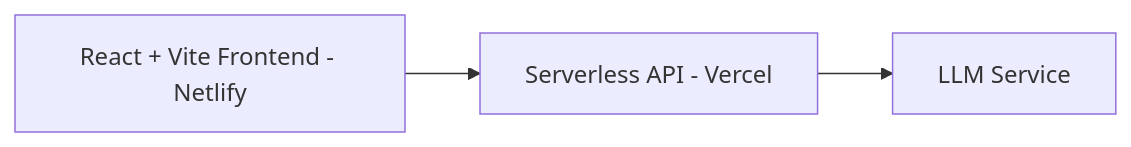
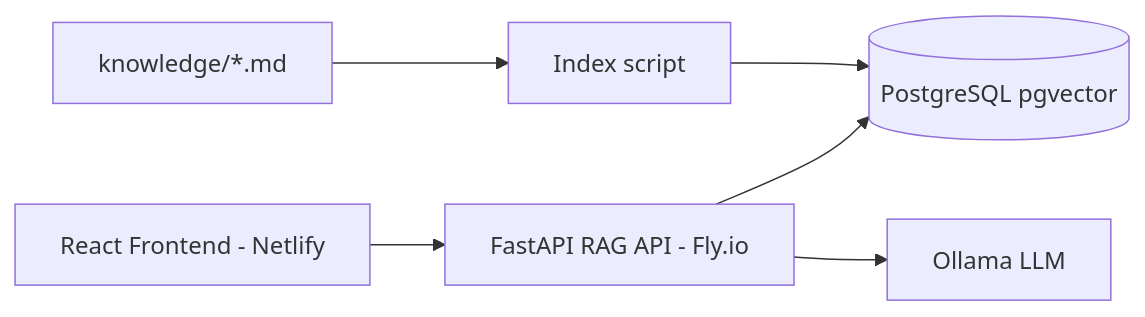
Before and after one commit to ZivHoch/portfolio: the diagram in README.md, drawn with Mermaid. The commit also changed other lines of this file and 38 other files, not shown here.

````diff
--- a/README.md
+++ b/README.md
@@ -25,5 +7,8 @@
 ```mermaid
 graph LR
-    A[React + Vite Frontend - Netlify] --> B[Serverless API - Vercel]
-    B --> C[LLM Service]
+    FE[React Frontend - Netlify] --> API[FastAPI RAG API - Fly.io]
+    API --> VDB[(PostgreSQL pgvector)]
+    API --> Ollama[Ollama LLM]
+    Index[Index script] --> VDB
+    Knowledge[knowledge/*.md] --> Index
 ```
````
